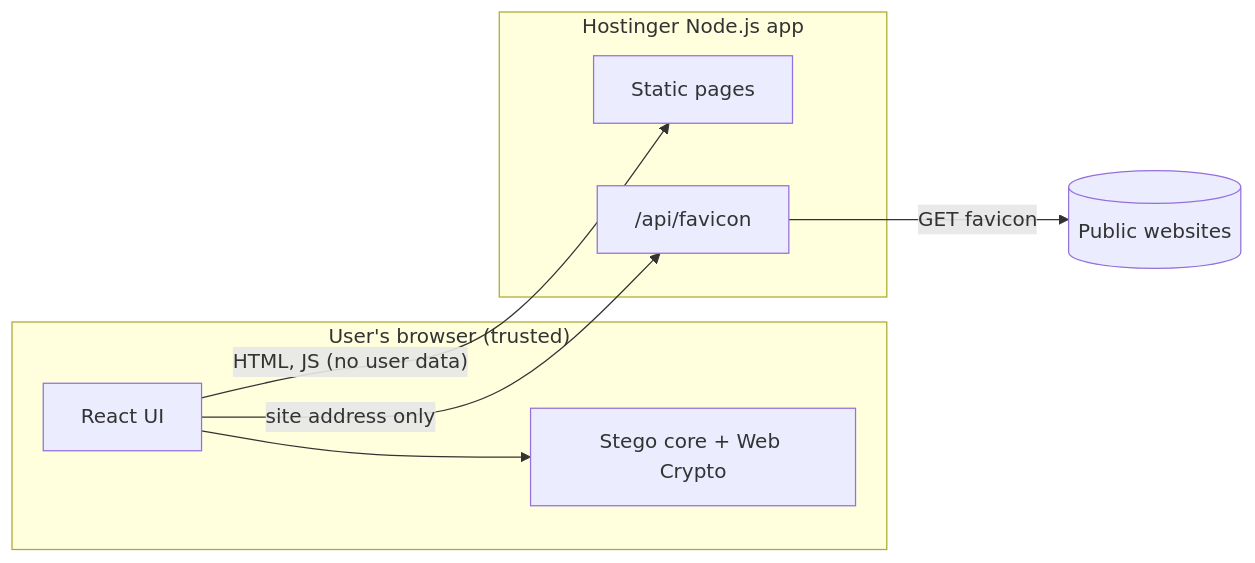
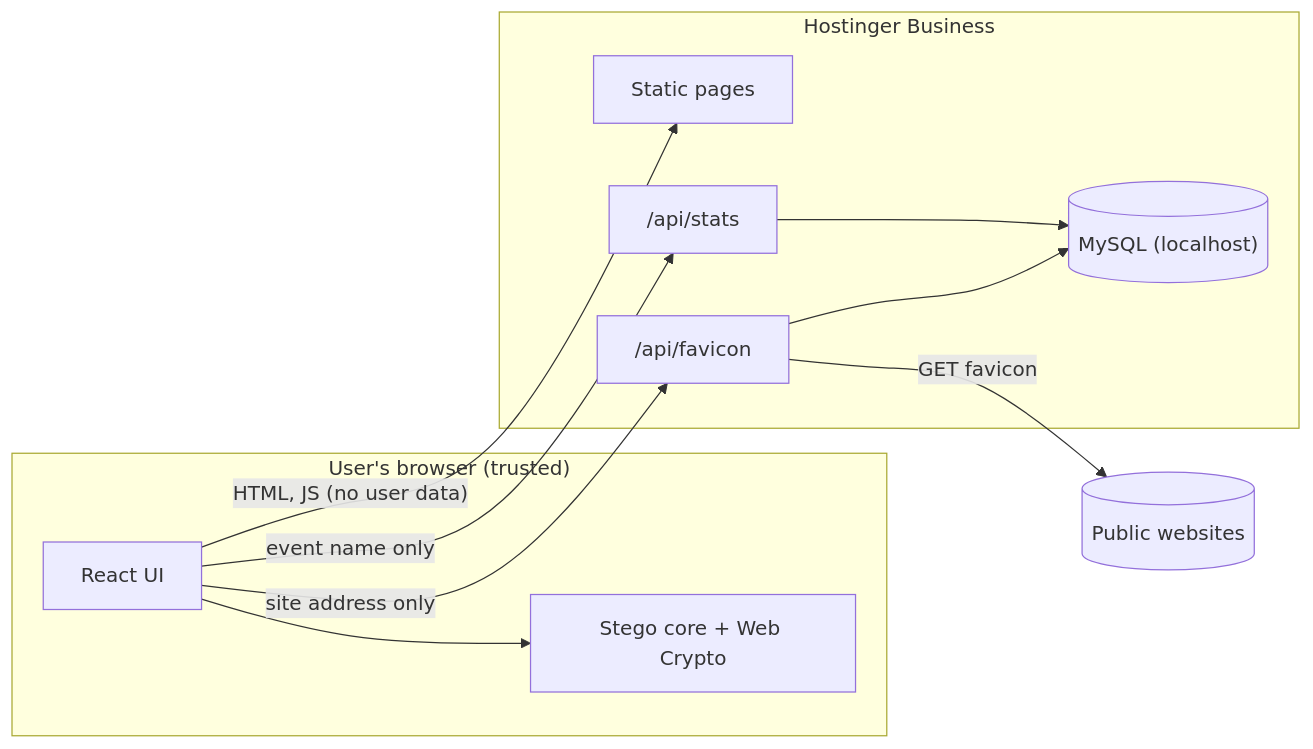
The diagram in docs/threat-model.md (evansem/steganography), drawn with Mermaid before and after one commit. The commit also changed other lines of this file and 7 other files, not shown here.

First line of the commit message:
Document hosting the app and its MySQL database on Hostinger Business

````diff
--- a/docs/threat-model.md
+++ b/docs/threat-model.md
@@ -16,14 +17,18 @@
 ```mermaid
 flowchart LR
   subgraph Device["User's browser (trusted)"]
     UI[React UI] --> Core[Stego core + Web Crypto]
   end
-  subgraph Host["Hostinger Node.js app"]
+  subgraph Host["Hostinger Business"]
     Static[Static pages]
     Proxy["/api/favicon"]
+    Stats["/api/stats"]
+    DB[("MySQL (localhost)")]
+    Proxy & Stats --> DB
   end
   Internet[(Public websites)]
   UI -- "HTML, JS (no user data)" --> Static
   UI -- "site address only" --> Proxy
+  UI -- "event name only" --> Stats
   Proxy -- "GET favicon" --> Internet
 ```
````
